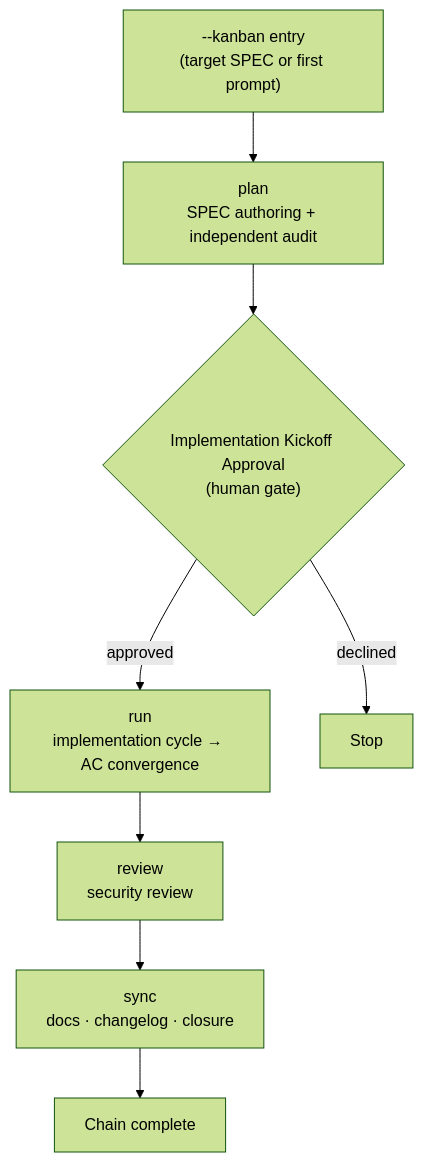
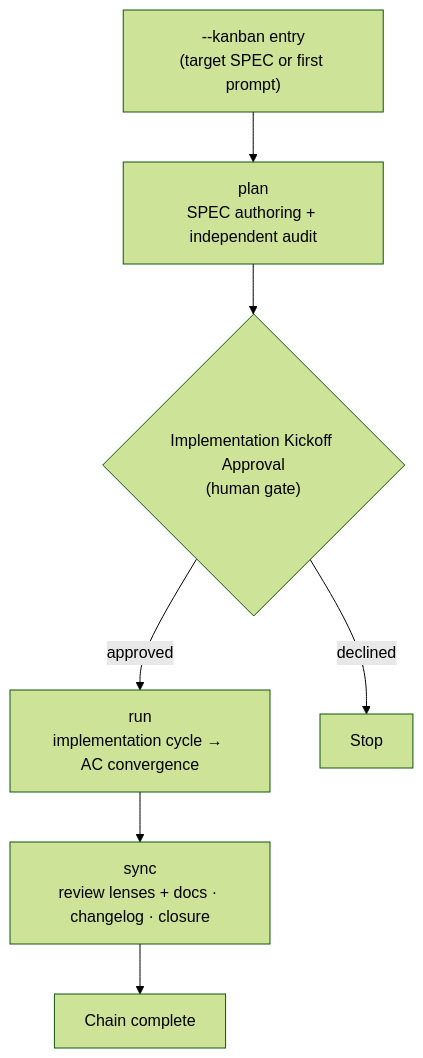
The second of 2 diagrams in docs-site/content/en/advanced/kanban-mode.md (modu-ai/moai-adk), drawn with Mermaid (forest theme) before and after one commit. The commit also changed other lines of this file and 16 other files, not shown here.

````diff
--- a/docs-site/content/en/advanced/kanban-mode.md
+++ b/docs-site/content/en/advanced/kanban-mode.md
@@ -208,10 +207,9 @@
 ```mermaid
 flowchart TD
     Entry["--kanban entry<br/>(target SPEC or first prompt)"] --> Plan["plan<br/>SPEC authoring + independent audit"]
     Plan --> Gate1{"Implementation Kickoff Approval<br/>(human gate)"}
     Gate1 -->|"approved"| Run["run<br/>implementation cycle → AC convergence"]
     Gate1 -->|"declined"| Stop1["Stop"]
-    Run --> Review["review<br/>security review"]
-    Review --> Sync["sync<br/>docs · changelog · closure"]
+    Run --> Sync["sync<br/>review lenses + docs · changelog · closure"]
     Sync --> Done["Chain complete"]
 ```
````
